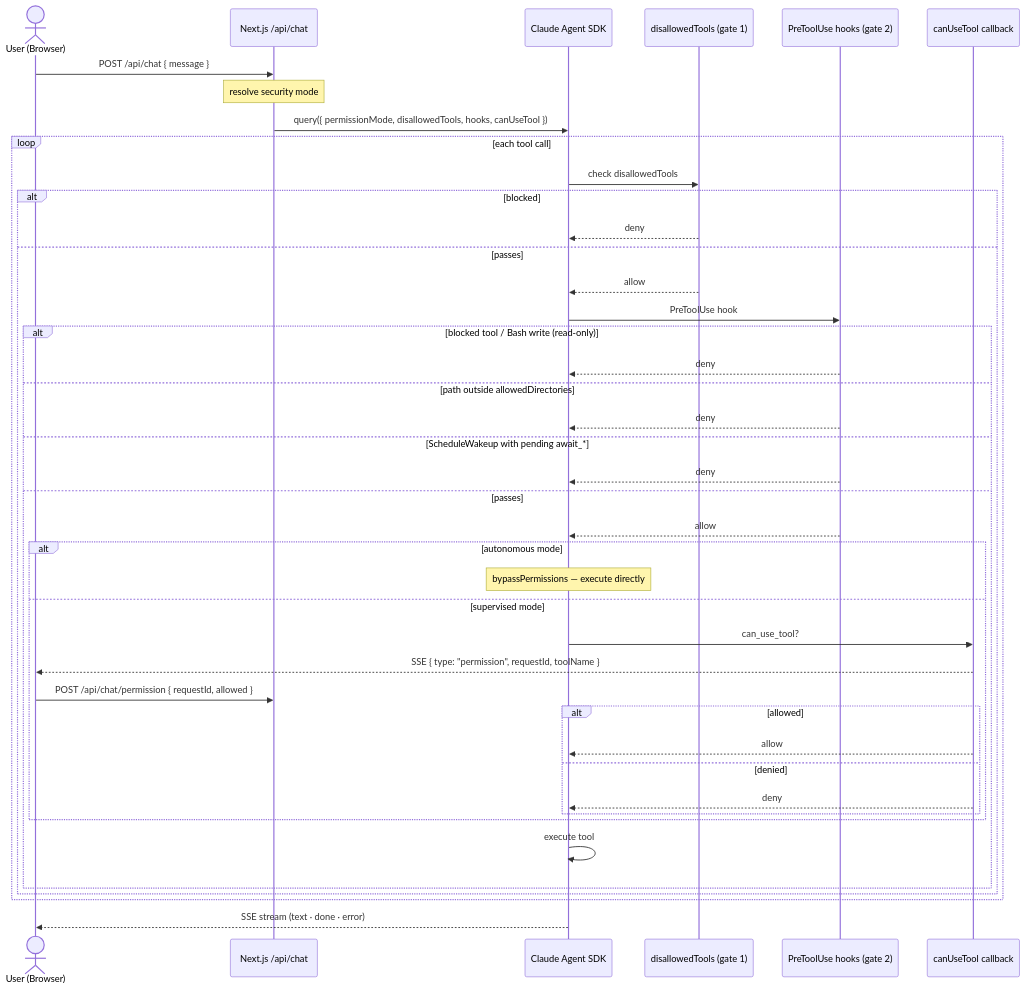
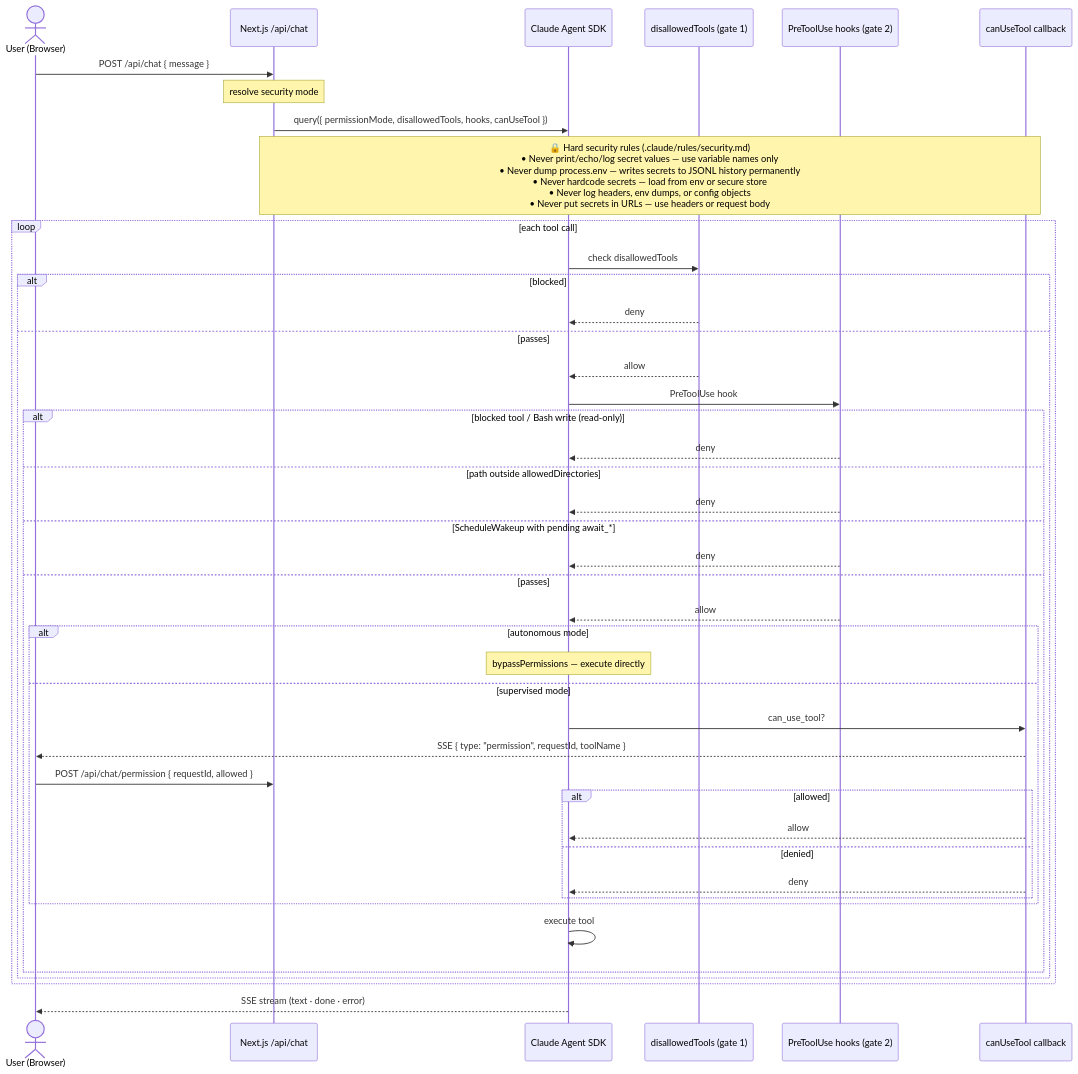
One commit to PixelPaw-Labs/DovePaw-Lite changed the second of 2 diagrams in README.md. Above: the diagram before and after it, drawn with Mermaid. The commit also changed 8 other files, not shown here.

First line of the commit message:
security: stop exposing secrets in env-var API responses

````diff
--- a/README.md
+++ b/README.md
@@ -465,50 +465,52 @@
 ```mermaid
 sequenceDiagram
     actor User as User (Browser)
     participant API as Next.js /api/chat
     participant SDK as Claude Agent SDK
     participant Gate1 as disallowedTools (gate 1)
     participant Gate2 as PreToolUse hooks (gate 2)
     participant canUse as canUseTool callback
 
     User->>API: POST /api/chat { message }
     note over API: resolve security mode
     API->>SDK: query({ permissionMode, disallowedTools, hooks, canUseTool })
+
+    note over API,canUse: 🔒 Hard security rules (.claude/rules/security.md)<br/>• Never print/echo/log secret values — use variable names only<br/>• Never dump process.env — writes secrets to JSONL history permanently<br/>• Never hardcode secrets — load from env or secure store<br/>• Never log headers, env dumps, or config objects<br/>• Never put secrets in URLs — use headers or request body
 
     loop each tool call
         SDK->>Gate1: check disallowedTools
         alt blocked
             Gate1-->>SDK: deny
         else passes
             Gate1-->>SDK: allow
             SDK->>Gate2: PreToolUse hook
 
             alt blocked tool / Bash write (read-only)
                 Gate2-->>SDK: deny
             else path outside allowedDirectories
                 Gate2-->>SDK: deny
             else ScheduleWakeup with pending await_*
                 Gate2-->>SDK: deny
             else passes
                 Gate2-->>SDK: allow
 
                 alt autonomous mode
                     note over SDK: bypassPermissions — execute directly
                 else supervised mode
                     SDK->>canUse: can_use_tool?
                     canUse-->>User: SSE { type: "permission", requestId, toolName }
                     User->>API: POST /api/chat/permission { requestId, allowed }
                     alt allowed
                         canUse-->>SDK: allow
                     else denied
                         canUse-->>SDK: deny
                     end
                 end
 
                 SDK->>SDK: execute tool
             end
         end
     end
 
     SDK-->>User: SSE stream (text · done · error)
 ```
````
